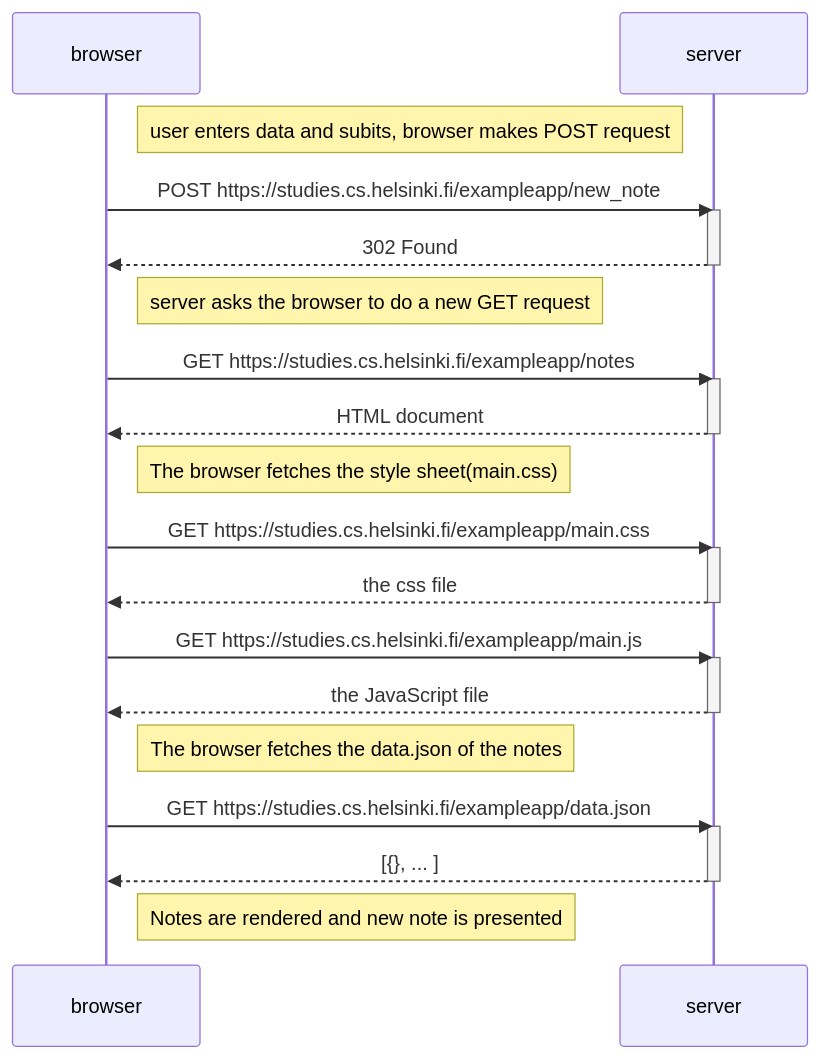
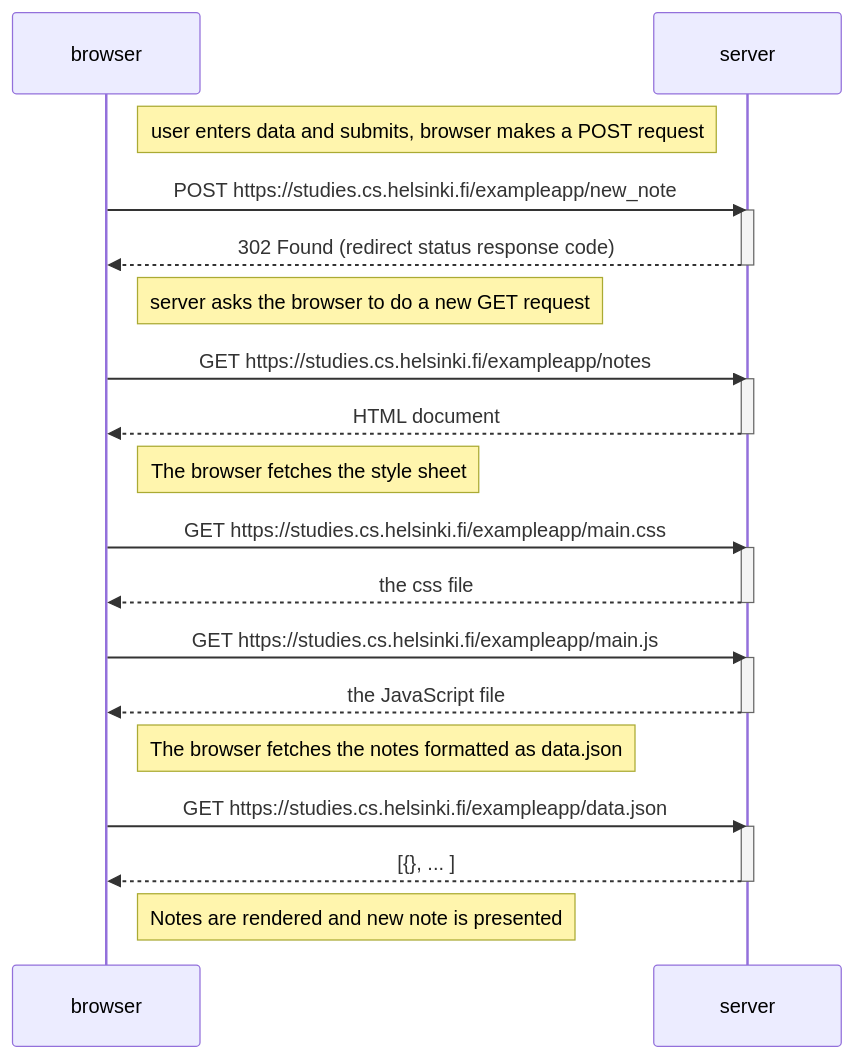
The diagram in part0/0.4New note.md (JohannaJyrkinen/full-stack-open), drawn with Mermaid before and after one commit.

Commit message:
Fix diagram 0.4New note

````diff
--- a/part0/0.4New note.md
+++ b/part0/0.4New note.md
@@ -1,40 +1,40 @@
 ```mermaid
 sequenceDiagram
     participant browser
     participant server
 
-    Note right of browser: user enters data and subits, browser makes POST request
+    Note right of browser: user enters data and submits, browser makes a POST request
 
     browser->>server: POST https://studies.cs.helsinki.fi/exampleapp/new_note
     activate server
-    server-->>browser: 302 Found
+    server-->>browser: 302 Found (redirect status response code)
     deactivate server
 
     Note right of browser: server asks the browser to do a new GET request
 
     browser->>server: GET https://studies.cs.helsinki.fi/exampleapp/notes
     activate server
     server-->>browser: HTML document
     deactivate server
 
-    Note right of browser: The browser fetches the style sheet(main.css)
+    Note right of browser: The browser fetches the style sheet
 
     browser->>server: GET https://studies.cs.helsinki.fi/exampleapp/main.css
     activate server
     server-->>browser: the css file
     deactivate server
 
     browser->>server: GET https://studies.cs.helsinki.fi/exampleapp/main.js
     activate server
     server-->>browser: the JavaScript file
     deactivate server
 
-    Note right of browser: The browser fetches the data.json of the notes
+    Note right of browser: The browser fetches the notes formatted as data.json
 
     browser->>server: GET https://studies.cs.helsinki.fi/exampleapp/data.json
     activate server
     server-->>browser: [{}, ... ]
     deactivate server
 
     Note right of browser: Notes are rendered and new note is presented
 ```
````
